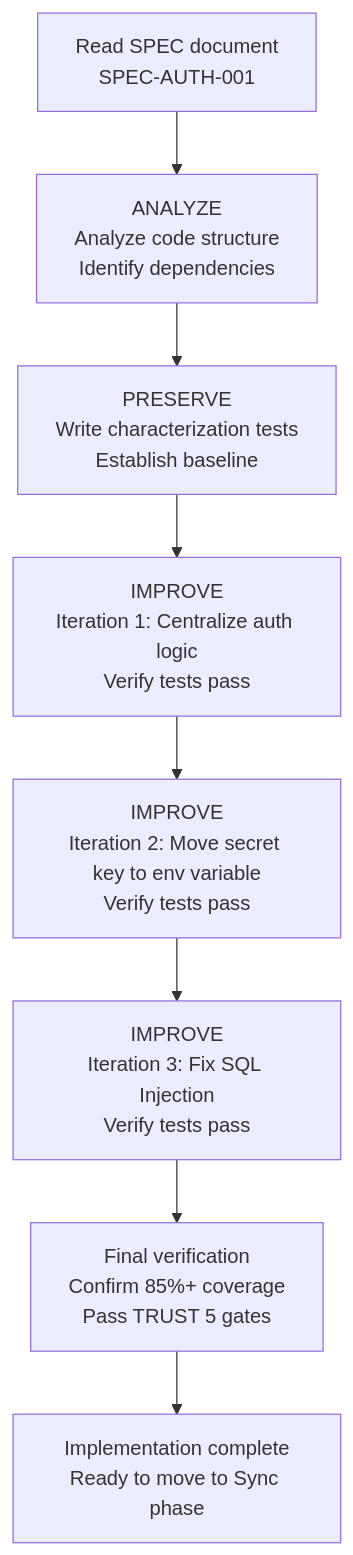
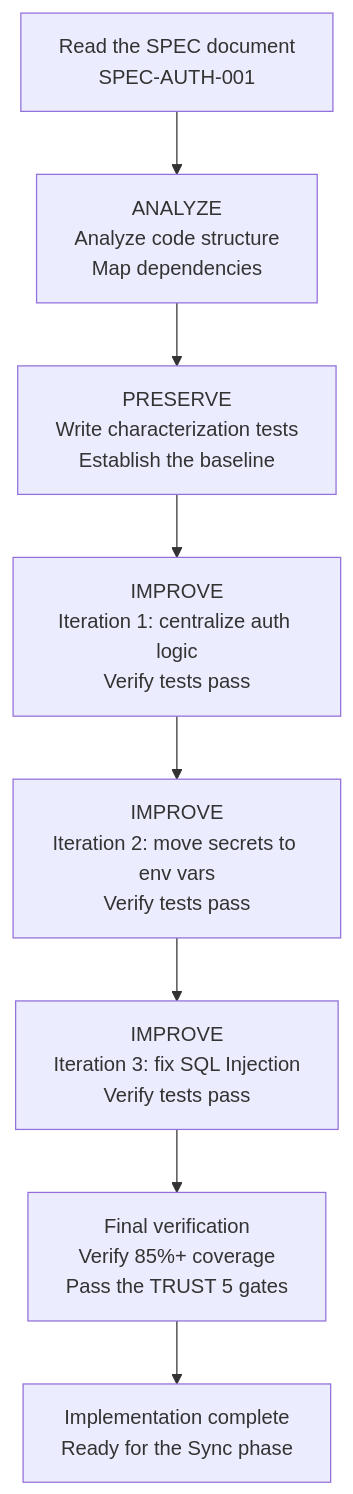
The seventh of 7 diagrams in docs-site/content/en/core-concepts/ddd.md (modu-ai/moai-adk), drawn with Mermaid before and after one commit. The commit also changed other lines of this file and 395 other files, not shown here.

````diff
--- a/docs-site/content/en/core-concepts/ddd.md
+++ b/docs-site/content/en/core-concepts/ddd.md
@@ -446,10 +448,10 @@
 ```mermaid
 flowchart TD
-    A["Read SPEC document\nSPEC-AUTH-001"] --> B["ANALYZE\nAnalyze code structure\nIdentify dependencies"]
-    B --> C["PRESERVE\nWrite characterization tests\nEstablish baseline"]
-    C --> D["IMPROVE\nIteration 1: Centralize auth logic\nVerify tests pass"]
-    D --> E["IMPROVE\nIteration 2: Move secret key to env variable\nVerify tests pass"]
-    E --> F["IMPROVE\nIteration 3: Fix SQL Injection\nVerify tests pass"]
-    F --> G["Final verification\nConfirm 85%+ coverage\nPass TRUST 5 gates"]
-    G --> H["Implementation complete\nReady to move to Sync phase"]
+    A["Read the SPEC document\nSPEC-AUTH-001"] --> B["ANALYZE\nAnalyze code structure\nMap dependencies"]
+    B --> C["PRESERVE\nWrite characterization tests\nEstablish the baseline"]
+    C --> D["IMPROVE\nIteration 1: centralize auth logic\nVerify tests pass"]
+    D --> E["IMPROVE\nIteration 2: move secrets to env vars\nVerify tests pass"]
+    E --> F["IMPROVE\nIteration 3: fix SQL Injection\nVerify tests pass"]
+    F --> G["Final verification\nVerify 85%+ coverage\nPass the TRUST 5 gates"]
+    G --> H["Implementation complete\nReady for the Sync phase"]
 ```
````
